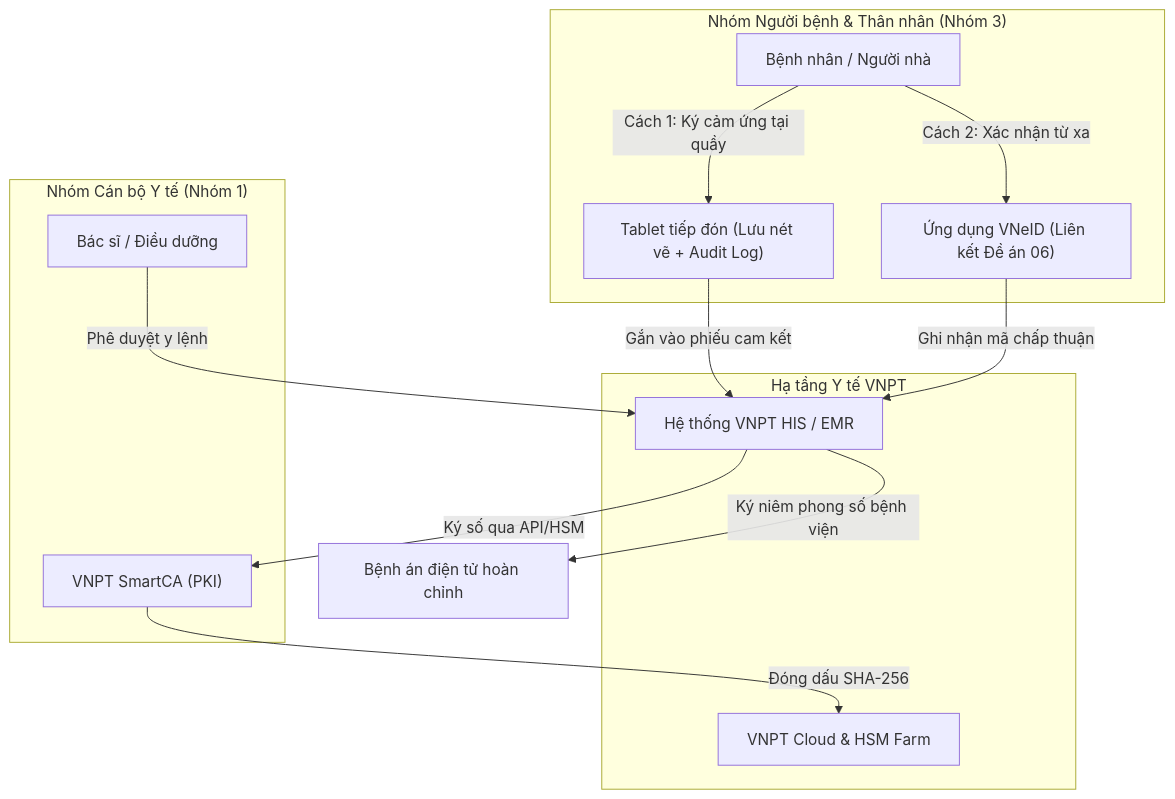
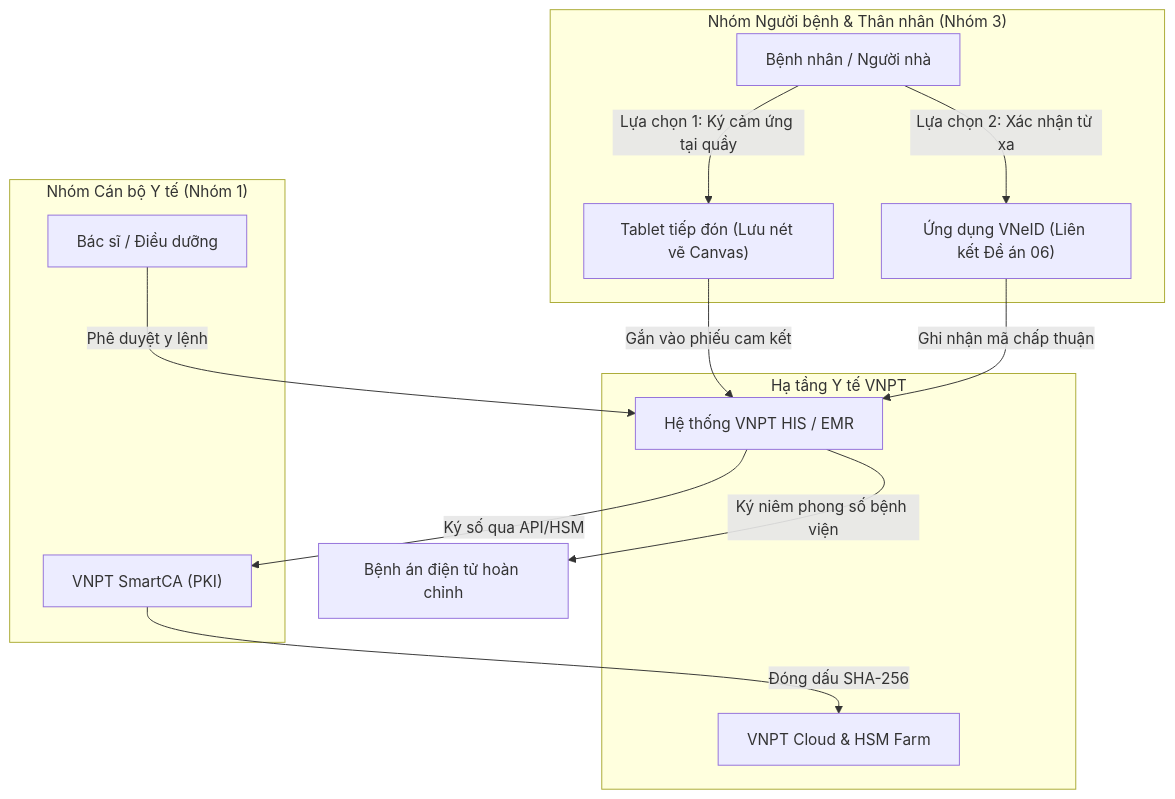
The diagram in competitors/05-vnpt-his.md (leanhdung3105/DoiThu), drawn with Mermaid before and after one commit. The commit also changed other lines of this file and 12 other files, not shown here.

````diff
--- a/competitors/05-vnpt-his.md
+++ b/competitors/05-vnpt-his.md
@@ -33,23 +36,23 @@
 ```mermaid
 flowchart TD
     subgraph "Hạ tầng Y tế VNPT"
         HIS["Hệ thống VNPT HIS / EMR"]
         CLOUD["VNPT Cloud & HSM Farm"]
     end
 
     subgraph "Nhóm Cán bộ Y tế (Nhóm 1)"
         BS["Bác sĩ / Điều dưỡng"] -->|"Phê duyệt y lệnh"| HIS
         HIS -->|"Ký số qua API/HSM"| SMARTCA["VNPT SmartCA (PKI)"]
         SMARTCA -->|"Đóng dấu SHA-256"| CLOUD
     end
 
     subgraph "Nhóm Người bệnh & Thân nhân (Nhóm 3)"
         BN["Bệnh nhân / Người nhà"]
-        BN -->|"Cách 1: Ký cảm ứng tại quầy"| TABLET["Tablet tiếp đón (Lưu nét vẽ + Audit Log)"]
-        BN -->|"Cách 2: Xác nhận từ xa"| VNEID["Ứng dụng VNeID (Liên kết Đề án 06)"]
+        BN -->|"Lựa chọn 1: Ký cảm ứng tại quầy"| TABLET["Tablet tiếp đón (Lưu nét vẽ Canvas)"]
+        BN -->|"Lựa chọn 2: Xác nhận từ xa"| VNEID["Ứng dụng VNeID (Liên kết Đề án 06)"]
         TABLET -->|"Gắn vào phiếu cam kết"| HIS
         VNEID -->|"Ghi nhận mã chấp thuận"| HIS
     end
 
     HIS -->|"Ký niêm phong số bệnh viện"| EMR_FINAL["Bệnh án điện tử hoàn chỉnh"]
 ```
````
